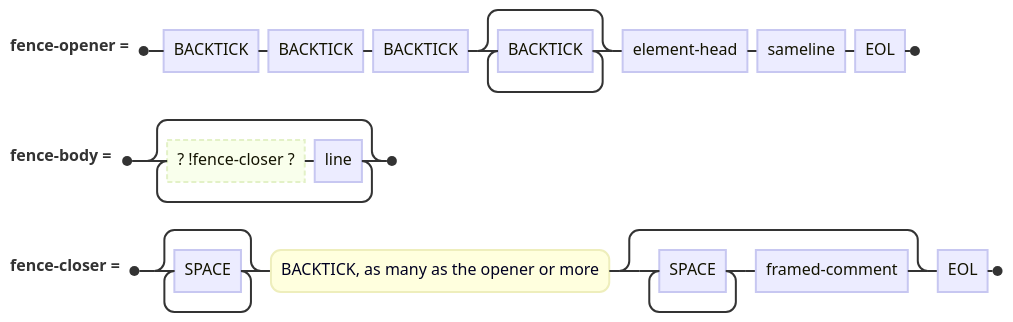
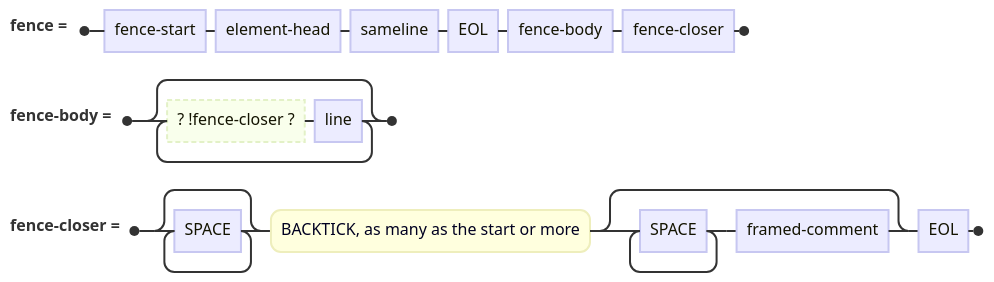
Before and after one commit to v2-io/udon: the eighth of 10 diagrams in v2/spec-lite-0.1.0/.int/railroad-2026-10-21.md, drawn with Mermaid. The commit also changed other lines of this file and 1 other file, not shown here.

First line of the commit message:
spec-lite-0.1.0: railroad rewritten around the starts (Joseph, 2026-10-21): section 2 defines element/attribute/comment/fence/reserved-start with their guards marked OPEN; block-line, sameline items and text-end all built from them; verbatim recorded

````diff
--- a/v2/spec-lite-0.1.0/.int/railroad-2026-10-21.md
+++ b/v2/spec-lite-0.1.0/.int/railroad-2026-10-21.md
@@ -117,10 +130,10 @@
 ```mermaid
 railroad-peg-beta
 title "A fence"
-fence-opener <- BACKTICK BACKTICK BACKTICK BACKTICK* element-head sameline EOL ;
-%% [[rule:fence-opener-line]]: the rest of the line reads like an element's line (name = the language, keys, traits, attributes, a framed comment); no later BACKTICK on the line ([[rule:fence-label-no-backtick]]). OPEN: Joseph leans to accept TILDE fences too (2026-10-20), not carded
+fence <- fence-start element-head sameline EOL fence-body fence-closer ;
+%% [[rule:fence-opener-line]]: after the start, the line reads like an element's line (name = the language, keys, traits, attributes, a framed comment)
 fence-body <- (!fence-closer line)* ;
 %% never scanned ([[rule:fence-body-not-scanned]]); every line keeps its ending ([[rule:fence-body-line-endings]]); dedented by the default handler unless the trait exact ([[rule:fence-body-dedent]], [[rule:fence-exact-trait]])
-fence-closer <- SPACE* "BACKTICK, as many as the opener or more" (SPACE+ framed-comment)? EOL ;
+fence-closer <- SPACE* "BACKTICK, as many as the start or more" (SPACE+ framed-comment)? EOL ;
 %% [[rule:fence-closes-at-n-or-more]]; error: anything else after the closer's backticks ([[rule:fence-closer-trailing-text-is-error]])
 ```
````
